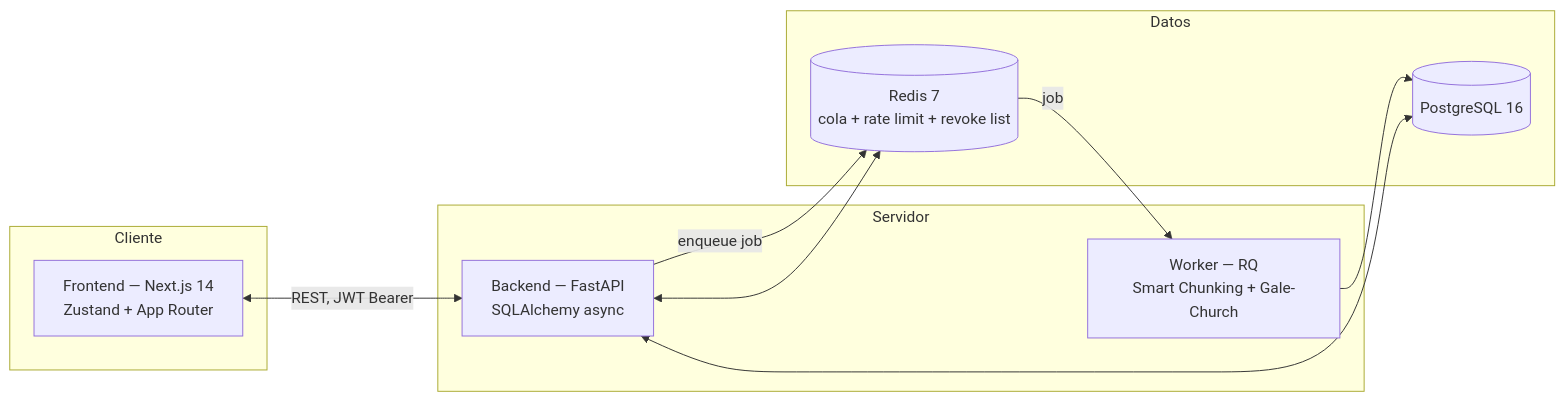
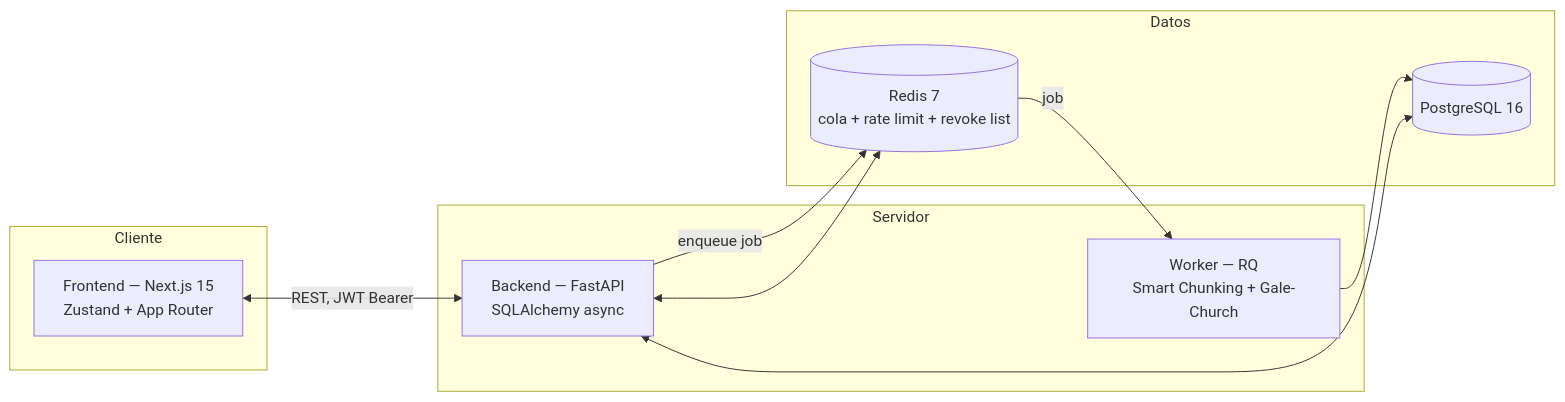
Before and after one commit to EdilsonDeveloper135/MCH-English: the diagram in README.md, drawn with Mermaid. The commit also changed other lines of this file and 4 other files, not shown here.

First line of the commit message:
chore(frontend): actualiza a Next.js 15 y elimina 100% de vulnerabilidades de npm audit [INF-02]

````diff
--- a/README.md
+++ b/README.md
@@ -44,21 +44,21 @@
 ```mermaid
 flowchart LR
     subgraph Cliente
-        FE["Frontend — Next.js 14\nZustand + App Router"]
+        FE["Frontend — Next.js 15\nZustand + App Router"]
     end
     subgraph Servidor
         BE["Backend — FastAPI\nSQLAlchemy async"]
         WK["Worker — RQ\nSmart Chunking + Gale-Church"]
     end
     subgraph Datos
         PG[("PostgreSQL 16")]
         RD[("Redis 7\ncola + rate limit + revoke list")]
     end
 
     FE <-- "REST, JWT Bearer" --> BE
     BE -- "enqueue job" --> RD
     RD -- "job" --> WK
     WK --> PG
     BE <--> PG
     BE <--> RD
 ```
````
